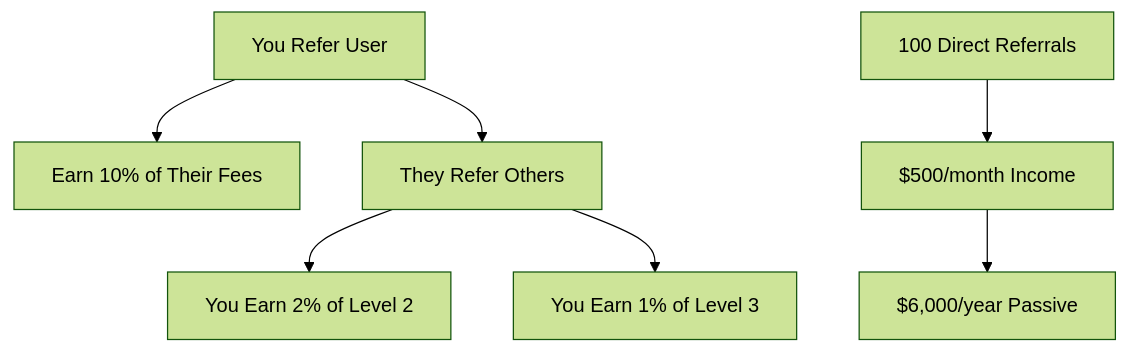
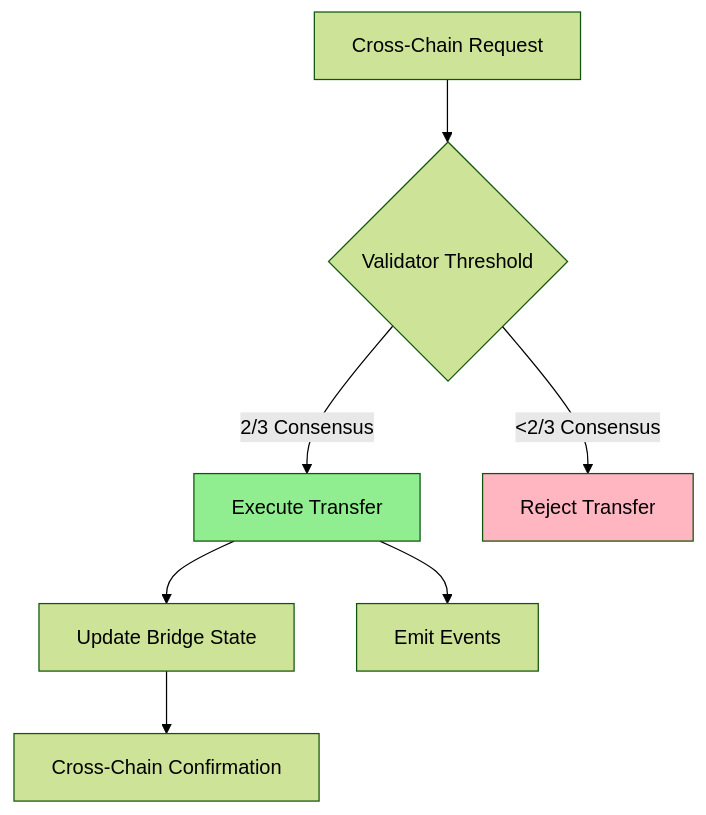
The seventh of 8 diagrams in profile/README.md (QoraNet/.github), drawn with Mermaid (forest theme) before and after one commit. The commit also changed other lines of this file, not shown here.

````diff
--- a/profile/README.md
+++ b/profile/README.md
@@ -106,10 +202,12 @@
 ```mermaid
-graph TD
-    A[You Refer User] --> B[Earn 10% of Their Fees]
-    A --> C[They Refer Others]
-    C --> D[You Earn 2% of Level 2]
-    C --> E[You Earn 1% of Level 3]
+graph TB
+    A[Cross-Chain Request] --> B{Validator Threshold}
+    B -->|2/3 Consensus| C[Execute Transfer]
+    B -->|<2/3 Consensus| D[Reject Transfer]
+    C --> E[Update Bridge State]
+    C --> F[Emit Events]
+    E --> G[Cross-Chain Confirmation]
     
-    F[100 Direct Referrals] --> G[$500/month Income]
-    G --> H[$6,000/year Passive]
+    style C fill:#90EE90
+    style D fill:#FFB6C1
 ```
````
